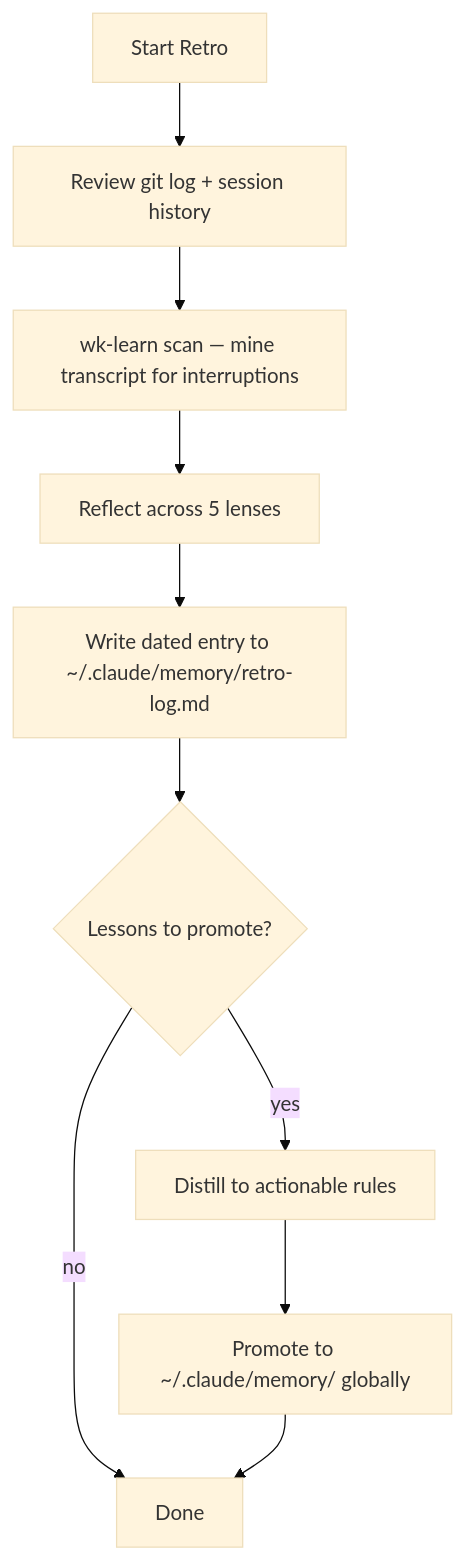
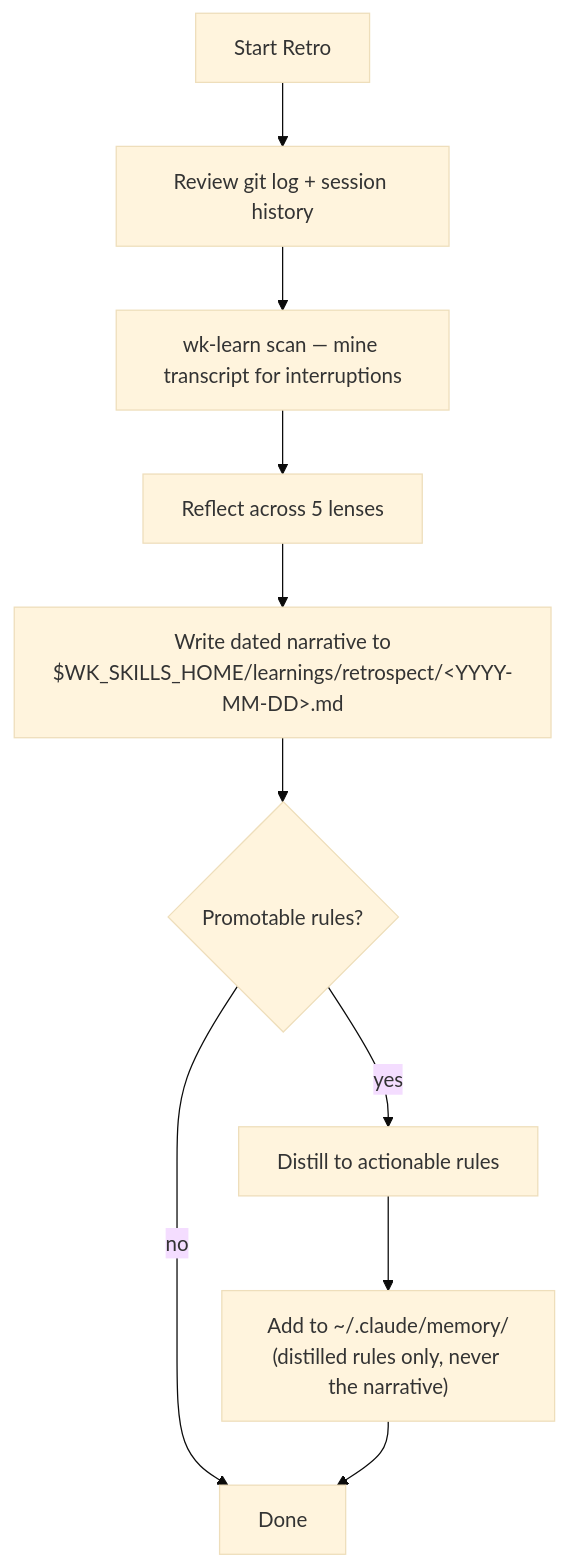
Before and after one commit to whizzzkid/skills: the diagram in skills/retro/README.md, drawn with Mermaid (base theme). The commit also changed other lines of this file and 5 other files, not shown here.

First line of the commit message:
🔧 docs: 🛡️ fix wk-retro destination claims, add team-hud README, codify rules in CLAUDE.md

````diff
--- a/skills/retro/README.md
+++ b/skills/retro/README.md
@@ -14,13 +14,13 @@
 ```mermaid
 flowchart TD
     A[Start Retro] --> B[Review git log + session history]
     B --> C[wk-learn scan — mine transcript for interruptions]
     C --> D[Reflect across 5 lenses]
-    D --> E[Write dated entry to ~/.claude/memory/retro-log.md]
-    E --> F{Lessons to promote?}
+    D --> E["Write dated narrative to<br/>$WK_SKILLS_HOME/learnings/retrospect/&lt;YYYY-MM-DD&gt;.md"]
+    E --> F{Promotable rules?}
     F -->|yes| G[Distill to actionable rules]
-    G --> H[Promote to ~/.claude/memory/ globally]
+    G --> H["Add to ~/.claude/memory/<br/>(distilled rules only, never the narrative)"]
     F -->|no| I[Done]
     H --> I
     click C href "../learn/README.md" _blank
 ```
````
